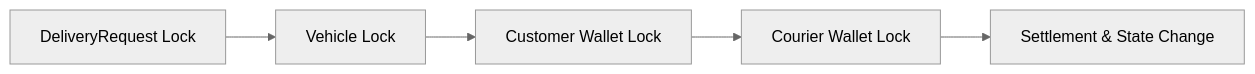
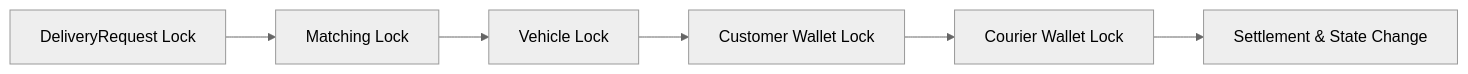
Before and after one commit to ShinhanDSProject/shinhan-delivery: the diagram in docs/adr/0004-고객-취소-원자적-포인트-정산.md, drawn with Mermaid (neutral theme). The commit also changed other lines of this file and 8 other files, not shown here.

````diff
--- a/docs/adr/0004-고객-취소-원자적-포인트-정산.md
+++ b/docs/adr/0004-고객-취소-원자적-포인트-정산.md
@@ -15,7 +15,8 @@
 ```mermaid
 flowchart LR
-    D[DeliveryRequest Lock] --> V[Vehicle Lock]
+    D[DeliveryRequest Lock] --> M[Matching Lock]
+    M --> V[Vehicle Lock]
     V --> C[Customer Wallet Lock]
     C --> R[Courier Wallet Lock]
     R --> S[Settlement & State Change]
 ```
````
